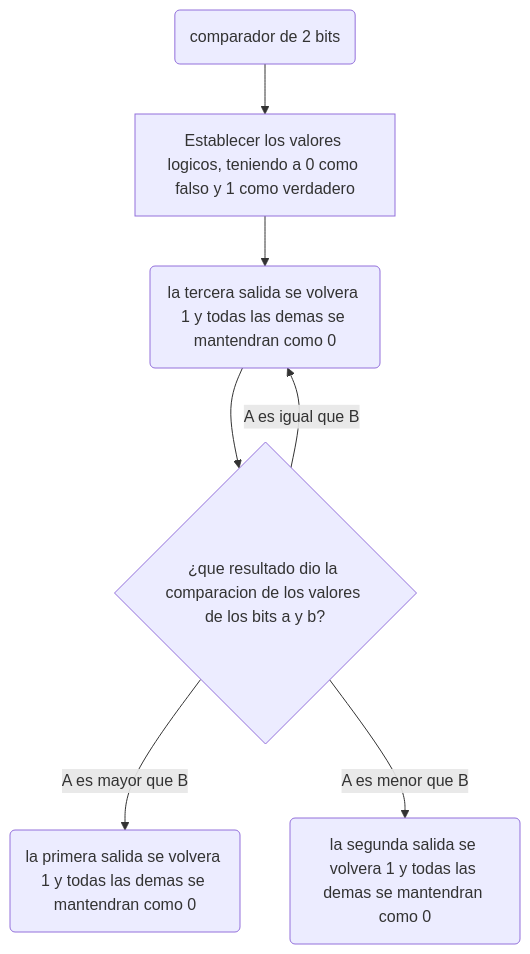
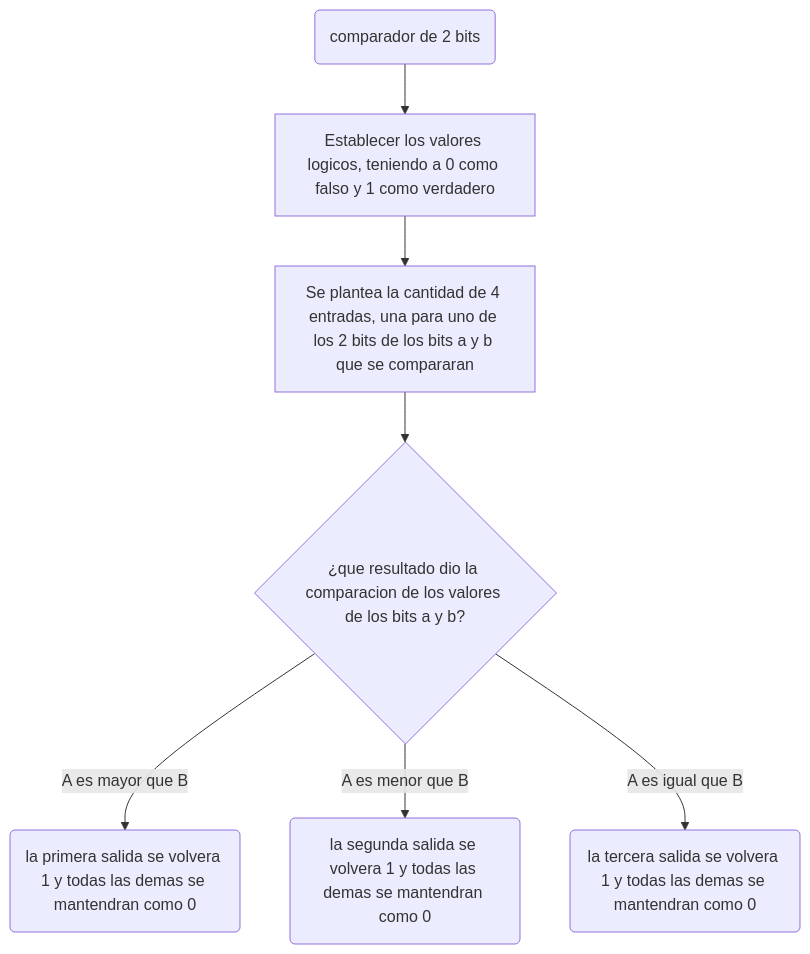
Before and after one commit to JavierGONL/proyecto_programacion_actualizado: the ninth of 21 diagrams in README.md, drawn with Mermaid.

````diff
--- a/README.md
+++ b/README.md
@@ -406,9 +406,9 @@
 ```mermaid
 flowchart TD
 A(comparador de 2 bits)-->B[Establecer los valores logicos, teniendo a 0 como falso y 1 como verdadero]
 B-->F[Se plantea la cantidad de 4 entradas, una para uno de los 2 bits de los bits a y b que se compararan]
 F-->C{¿que resultado dio la comparacion de los valores de los bits a y b?}
 C-->|A es mayor que B|D(la primera salida se volvera 1 y todas las demas se mantendran como 0)
 C-->|A es menor que B|E(la segunda salida se volvera 1 y todas las demas se mantendran como 0)
-C-->|A es igual que B|F(la tercera salida se volvera 1 y todas las demas se mantendran como 0)
+C-->|A es igual que B|G(la tercera salida se volvera 1 y todas las demas se mantendran como 0)
 ```
````
